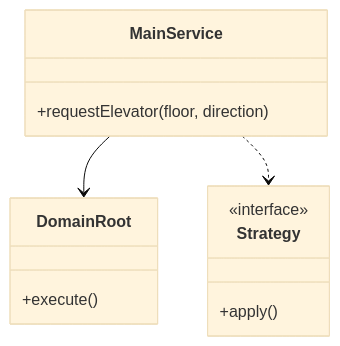
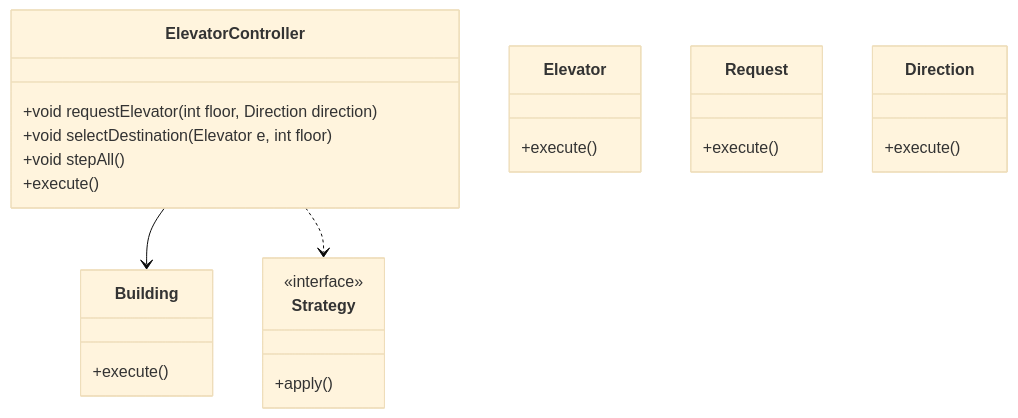
The first of 3 diagrams in Learn/System Design - Low Level Design/02-classic-ood/questions/Q02-elevator.md (madhupaila/Interview-Prep-SSE), drawn with Mermaid (base theme) before and after one commit. The commit also changed other lines of this file and 491 other files, not shown here.

````diff
--- a/Learn/System Design - Low Level Design/02-classic-ood/questions/Q02-elevator.md
+++ b/Learn/System Design - Low Level Design/02-classic-ood/questions/Q02-elevator.md
@@ -75,15 +92,29 @@
 ```mermaid
 classDiagram
-    class MainService {
-        +requestElevator(floor, direction)
+    class ElevatorController {
+        +void requestElevator(int floor, Direction direction)
+        +void selectDestination(Elevator e, int floor)
+        +void stepAll()
     }
-    class DomainRoot {
+    class Building {
+        +execute()
+    }
+    class Elevator {
+        +execute()
+    }
+    class ElevatorController {
+        +execute()
+    }
+    class Request {
+        +execute()
+    }
+    class Direction {
         +execute()
     }
     class Strategy {
         <<interface>>
         +apply()
     }
-    MainService --> DomainRoot
-    MainService ..> Strategy
+    ElevatorController --> Building
+    ElevatorController ..> Strategy
 ```
````
